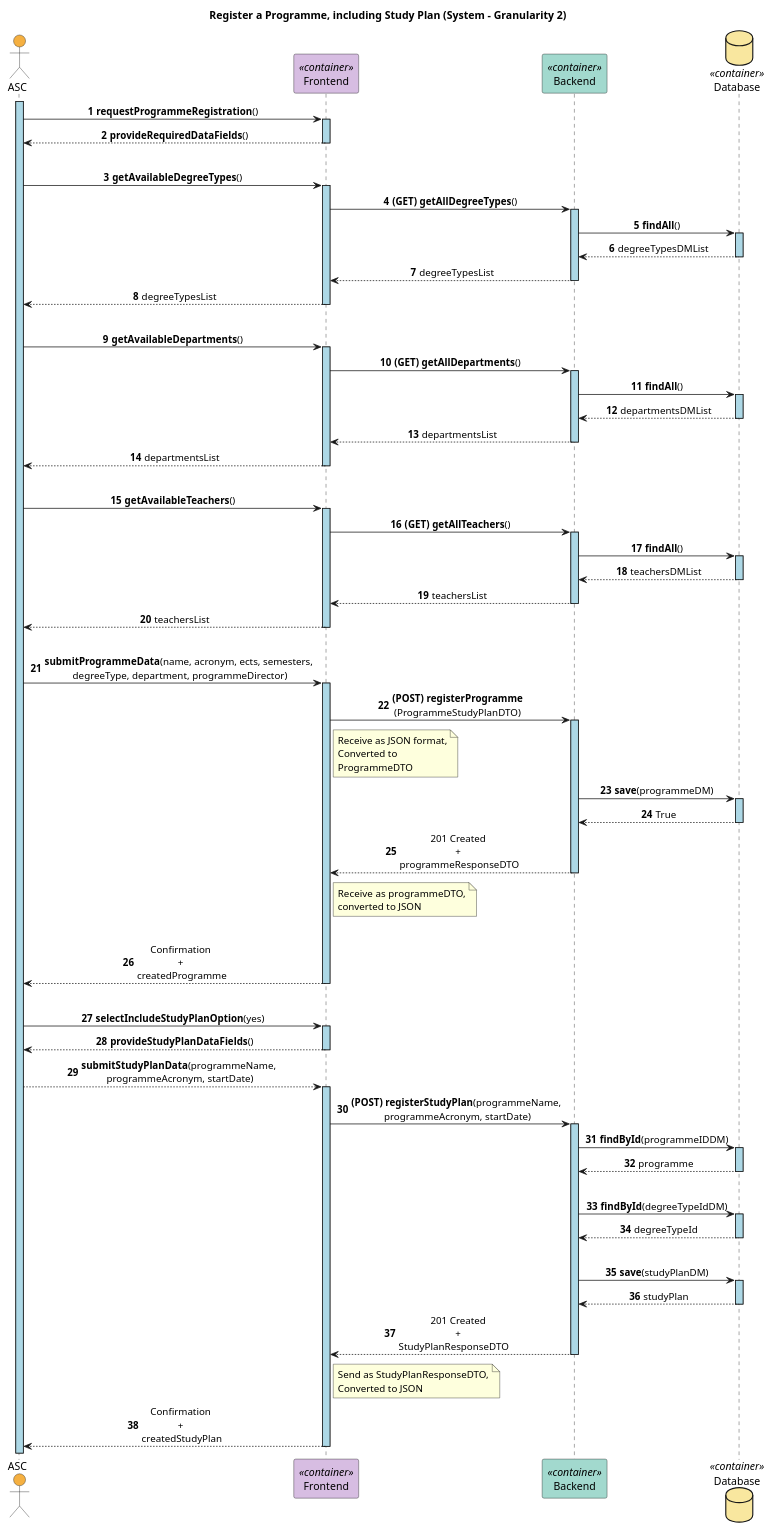
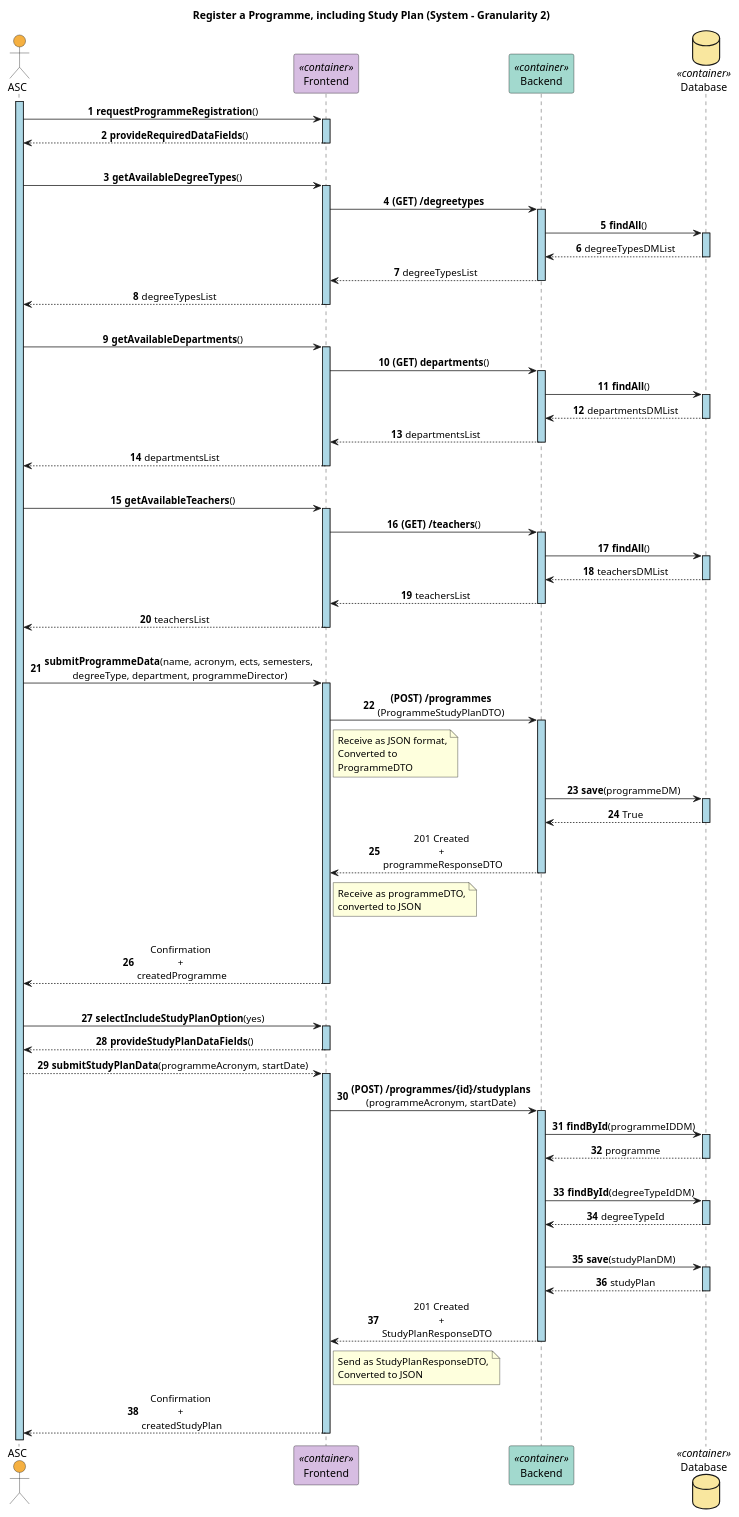
One commit to GasparISEP/DevOps-PAI changed the diagram in docs/US27/Sprint6/ProcessView/Level2.puml. Above: the diagram before and after it, drawn with PlantUML. The commit also changed 2 other files, not shown here.

Commit message:
Refactor US27 processView diagrams to align with current codebase. (Ref #792)

```diff
--- a/docs/US27/Sprint6/ProcessView/Level2.puml
+++ b/docs/US27/Sprint6/ProcessView/Level2.puml
@@ -1,97 +1,97 @@
 @startuml
 title Register a Programme, including Study Plan (System - Granularity 2)
 skinparam sequenceLifeLineBackgroundColor lightblue
 skinparam sequenceMessageAlign center
 autonumber
 
 actor ASC #F5B041
 participant Frontend <<container>> #D7BDE2
 participant Backend <<container>> #A2D9CE
 database Database <<container>> #F9E79F
 
 activate ASC
 ASC -> Frontend++: **requestProgrammeRegistration**()
 Frontend --> ASC--: **provideRequiredDataFields**()
 |||
 ASC -> Frontend++: **getAvailableDegreeTypes**()
-Frontend -> Backend: **(GET) getAllDegreeTypes**()
+Frontend -> Backend: **(GET) /degreetypes**
 activate Backend
 Backend -> Database: **findAll**()
 activate Database
 Database --> Backend: degreeTypesDMList
 deactivate Database
 Backend --> Frontend: degreeTypesList
 deactivate Backend
 Frontend --> ASC--: degreeTypesList
 |||
 ASC -> Frontend++: **getAvailableDepartments**()
-Frontend -> Backend: **(GET) getAllDepartments**()
+Frontend -> Backend: **(GET) departments**()
 activate Backend
 Backend -> Database: **findAll**()
 activate Database
 Database --> Backend: departmentsDMList
 deactivate Database
 Backend --> Frontend: departmentsList
 deactivate Backend
 Frontend --> ASC--: departmentsList
 |||
 ASC -> Frontend++: **getAvailableTeachers**()
-Frontend -> Backend: **(GET) getAllTeachers**()
+Frontend -> Backend: **(GET) /teachers**()
 activate Backend
 Backend -> Database: **findAll**()
 activate Database
 Database --> Backend: teachersDMList
 deactivate Database
 Backend --> Frontend: teachersList
 deactivate Backend
 Frontend --> ASC--: teachersList
 |||
 ASC -> Frontend++: **submitProgrammeData**(name, acronym, ects, semesters, \ndegreeType, department, programmeDirector)
-Frontend -> Backend: **(POST) registerProgramme**\n(ProgrammeStudyPlanDTO)
+Frontend -> Backend: **(POST) /programmes**\n(ProgrammeStudyPlanDTO)
 activate Backend
 note right Frontend
   Receive as JSON format,
   Converted to
   ProgrammeDTO
 end note
 
 Backend -> Database: **save**(programmeDM)
 activate Database
 Database --> Backend: True
 deactivate Database
 Backend --> Frontend: 201 Created \n+ \nprogrammeResponseDTO
 deactivate Backend
 note right Frontend
   Receive as programmeDTO,
   converted to JSON
 end note
 |||
 Frontend --> ASC--: Confirmation \n+ \ncreatedProgramme
 |||
 ASC -> Frontend++: **selectIncludeStudyPlanOption**(yes)
 Frontend --> ASC--: **provideStudyPlanDataFields**()
-ASC --> Frontend++: **submitStudyPlanData**(programmeName, \nprogrammeAcronym, startDate)
+ASC --> Frontend++: **submitStudyPlanData**(programmeAcronym, startDate)
 
-Frontend -> Backend++: **(POST) registerStudyPlan**(programmeName, \nprogrammeAcronym, startDate)
+Frontend -> Backend++: **(POST) /programmes/{id}/studyplans**\n(programmeAcronym, startDate)
 Backend -> Database++: **findById**(programmeIDDM)
 Database --> Backend--: programme
 |||
 Backend -> Database: **findById**(degreeTypeIdDM)
 activate Database
 Backend <-- Database: degreeTypeId
 deactivate Database
 |||
 Backend -> Database: **save**(studyPlanDM)
 activate Database
 Database --> Backend: studyPlan
 deactivate Database
 
 Backend --> Frontend: 201 Created \n+ \nStudyPlanResponseDTO\t
 deactivate Backend
 note right Frontend
   Send as StudyPlanResponseDTO,
   Converted to JSON
 end note
 
 Frontend --> ASC--: Confirmation \n+ \ncreatedStudyPlan
 @enduml
```
